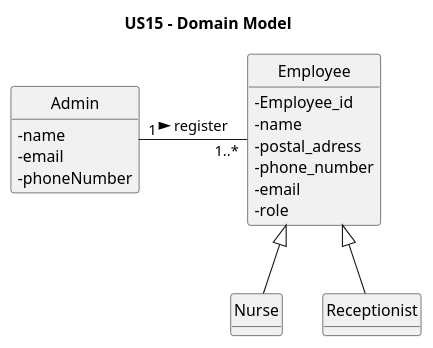
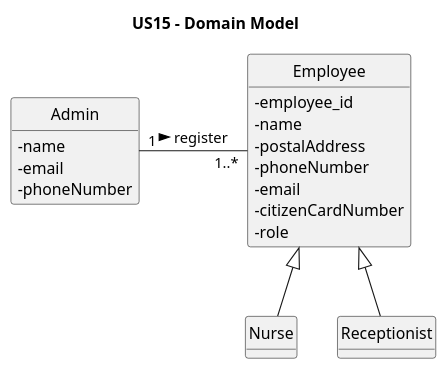
Before and after one commit to Parafita123/leti-esoft-25-26-B1: the diagram in docs/Sprint2/US15/puml/US15-MD.puml, drawn with PlantUML. The commit also changed 1 other file, not shown here.

```diff
--- a/docs/Sprint2/US15/puml/US15-MD.puml
+++ b/docs/Sprint2/US15/puml/US15-MD.puml
@@ -1,37 +1,38 @@
 @startuml
 
 title US15 - Domain Model
 
 hide circle
 skinparam classAttributeIconSize 0
 skinparam classAttributeIconSize 0
 hide circle
 hide methods
 
 class Employee {
-  - Employee_id
-  - name
-  - postal_adress
-  - phone_number
-  - email
-  - role
+ -employee_id
+     -name
+     -postalAddress
+     -phoneNumber
+     -email
+     -citizenCardNumber
+     -role
 }
 
 class Nurse {
 
 }
 
 class Receptionist {
 
 }
 
 class Admin{
     - name
     - email
     - phoneNumber
 }
 Employee <|-- Nurse
 Employee <|-- Receptionist
 Admin "1" -right-- "1..*" Employee: register >
 
 @enduml
```
